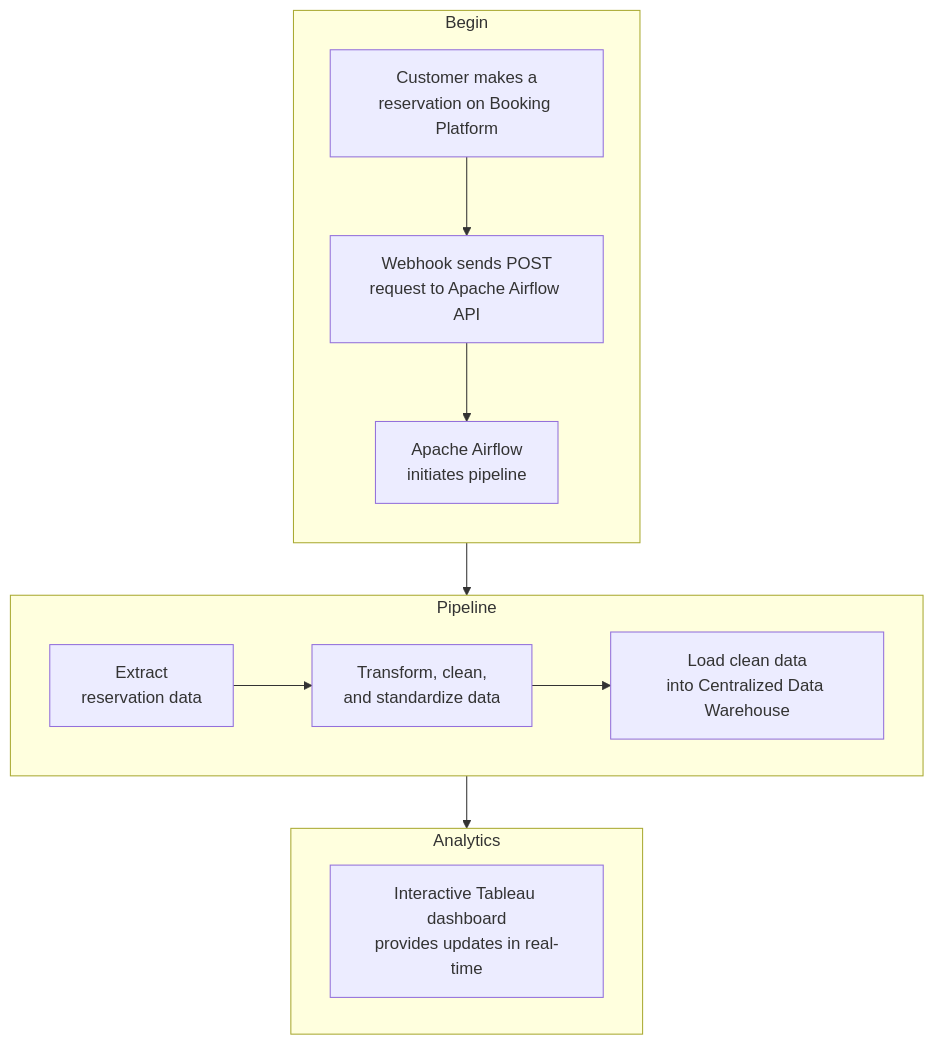
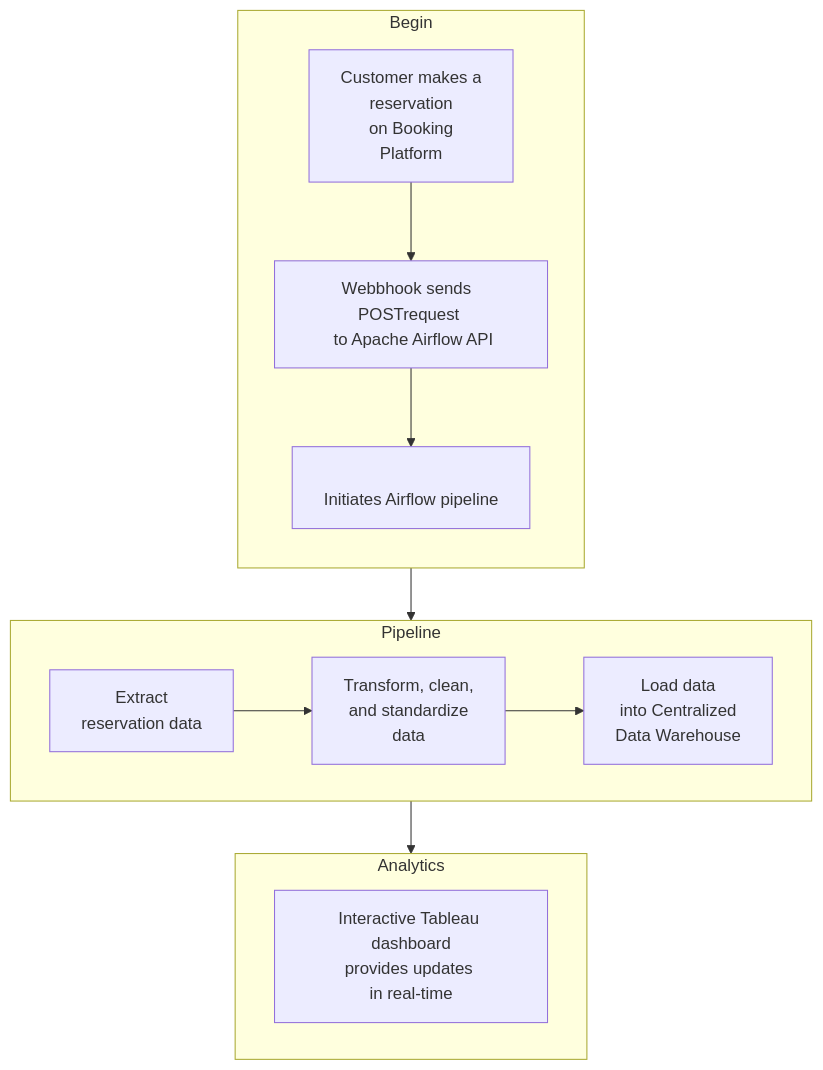
Before and after one commit to psgpyc/Simulated-Restaurant-Booking-System-with-Real-Time-ETL-Pipeline-Using-Django-Webhooks-Airflow-Po: the diagram in README.md, drawn with Mermaid. The commit also changed other lines of this file, not shown here.

````diff
--- a/README.md
+++ b/README.md
@@ -32,29 +32,29 @@
 ```mermaid
 flowchart TB
 
 
     subgraph Begin
     direction TB
-        A["Customer makes a<br/>reservation on Booking Platform"] --> 
-        B["Webhook sends POST<br/>request to Apache Airflow API"] --> 
-        C["Apache Airflow<br/>initiates pipeline"] 
+        A["Customer makes a<br/>reservation <br/> on Booking <br/> Platform"] --> 
+        B["Webbhook sends <br\> POSTrequest <br/> to Apache Airflow API"] --> 
+        C["<br/>Initiates Airflow pipeline"] 
     end 
     
     %% Three nodes arranged horizontally with manual line breaks for wrapping
     subgraph Pipeline
     direction LR
         D["Extract<br/>reservation data"] --> 
-        E["Transform, clean,<br/>and standardize data"] --> 
-        F["Load clean data<br/>into Centralized Data Warehouse"] 
+        E["Transform, clean,<br/>and standardize <br/>data"] --> 
+        F["Load data<br/>into Centralized <br/> Data Warehouse"] 
         
     end
 
     subgraph Analytics
     direction LR
-    G["Interactive Tableau dashboard<br/>provides updates in real-time"]
+    G["Interactive Tableau dashboard<br/>provides updates <br/>in real-time"]
     end
 
     %% Subgraph for vertical flow (top-to-bottom)
     
     Begin --> Pipeline --> Analytics
 ```
````
